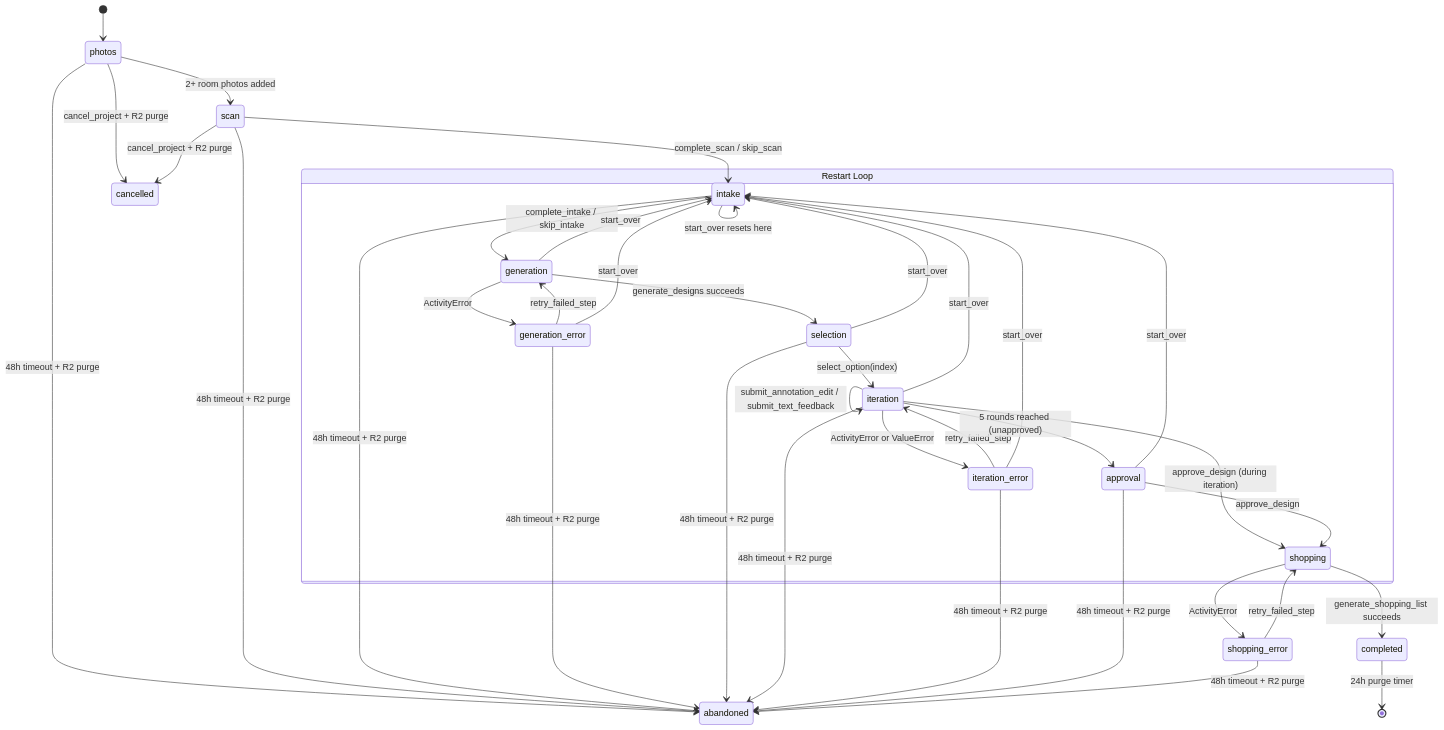
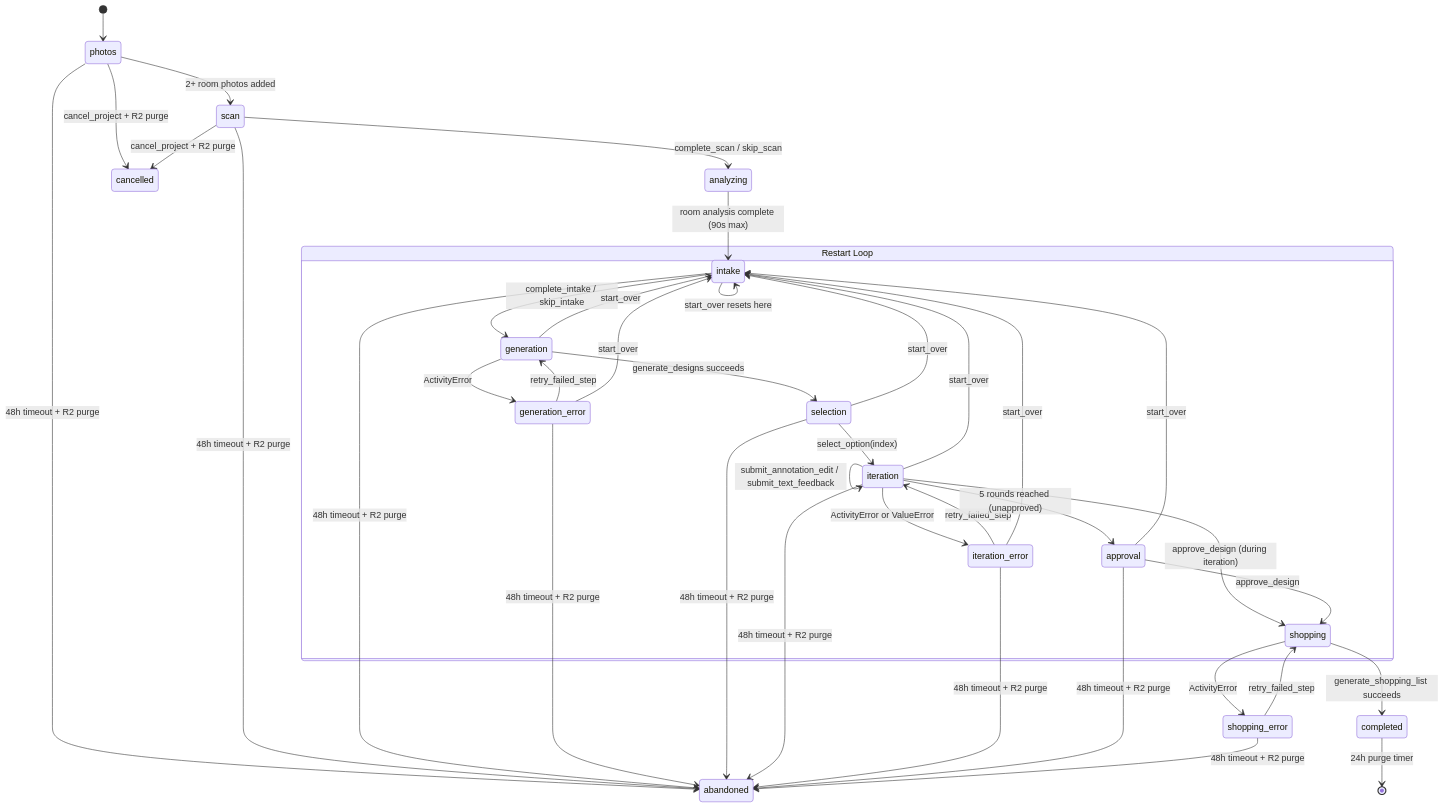
Before and after one commit to hippogriff-ai/remo: the second of 12 diagrams in specs/ARCHITECTURE.md, drawn with Mermaid. The commit also changed other lines of this file and 58 other files, not shown here.

````diff
--- a/specs/ARCHITECTURE.md
+++ b/specs/ARCHITECTURE.md
@@ -62,47 +56,48 @@
 ```mermaid
 stateDiagram-v2
     [*] --> photos
 
     photos --> scan : 2+ room photos added
-    scan --> intake : complete_scan / skip_scan
+    scan --> analyzing : complete_scan / skip_scan
+    analyzing --> intake : room analysis complete (90s max)
 
     state "Restart Loop" as loop {
         intake --> generation : complete_intake / skip_intake
         generation --> selection : generate_designs succeeds
         generation --> generation_error : ActivityError
         generation_error --> generation : retry_failed_step
         selection --> iteration : select_option(index)
         iteration --> iteration : submit_annotation_edit / submit_text_feedback
         iteration --> iteration_error : ActivityError or ValueError
         iteration_error --> iteration : retry_failed_step
         iteration --> approval : 5 rounds reached (unapproved)
         iteration --> shopping : approve_design (during iteration)
         approval --> shopping : approve_design
     }
 
     intake --> intake : start_over resets here
     generation --> intake : start_over
     generation_error --> intake : start_over
     selection --> intake : start_over
     iteration --> intake : start_over
     iteration_error --> intake : start_over
     approval --> intake : start_over
 
     shopping --> shopping_error : ActivityError
     shopping_error --> shopping : retry_failed_step
     shopping --> completed : generate_shopping_list succeeds
     completed --> [*] : 24h purge timer
 
     photos --> abandoned : 48h timeout + R2 purge
     scan --> abandoned : 48h timeout + R2 purge
     intake --> abandoned : 48h timeout + R2 purge
     generation_error --> abandoned : 48h timeout + R2 purge
     selection --> abandoned : 48h timeout + R2 purge
     iteration --> abandoned : 48h timeout + R2 purge
     iteration_error --> abandoned : 48h timeout + R2 purge
     approval --> abandoned : 48h timeout + R2 purge
     shopping_error --> abandoned : 48h timeout + R2 purge
 
     photos --> cancelled : cancel_project + R2 purge
     scan --> cancelled : cancel_project + R2 purge
 ```
````
